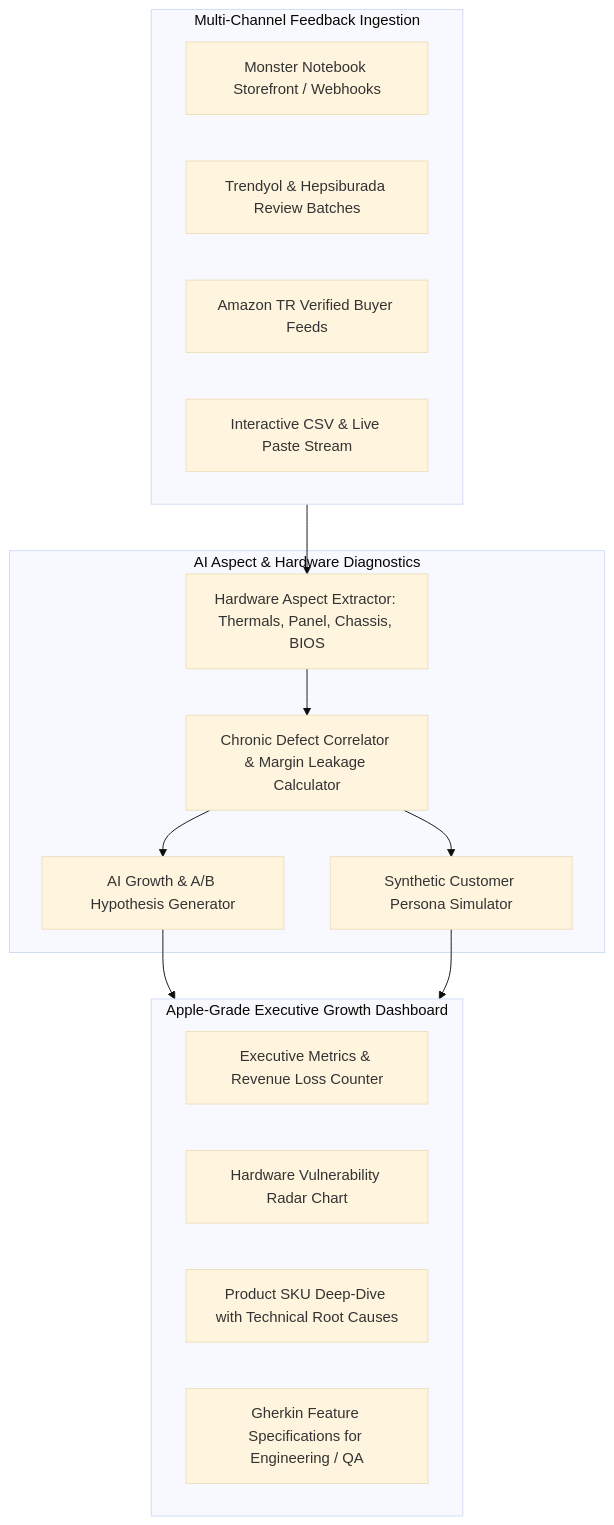
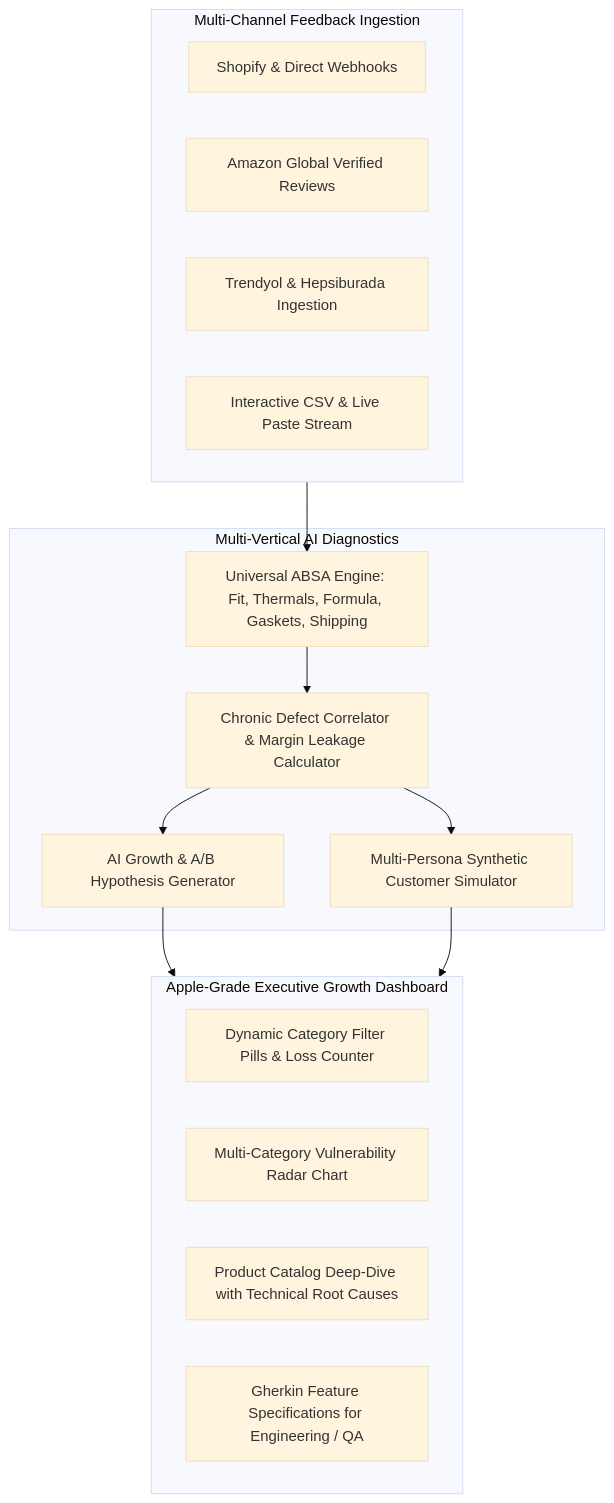
Before and after one commit to Tngc93/Omni-Channel-E-Commerce-Growth-Review-Intelligence-Engine.: the diagram in README.md, drawn with Mermaid (base theme). The commit also changed other lines of this file and 16 other files, not shown here.

Commit message:
feat: brand-agnostic multi-category architecture, Apple minimalist design & dynamic filters

````diff
--- a/README.md
+++ b/README.md
@@ -30,30 +40,30 @@
 ```mermaid
 graph TD
     subgraph Multi_Channel_Ingestion [Multi-Channel Feedback Ingestion]
-        A1[Monster Notebook Storefront / Webhooks]
-        A2[Trendyol & Hepsiburada Review Batches]
-        A3[Amazon TR Verified Buyer Feeds]
+        A1[Shopify & Direct Webhooks]
+        A2[Amazon Global Verified Reviews]
+        A3[Trendyol & Hepsiburada Ingestion]
         A4[Interactive CSV & Live Paste Stream]
     end
 
-    subgraph AI_Intelligence_Pipeline [AI Aspect & Hardware Diagnostics]
-        B[Hardware Aspect Extractor: Thermals, Panel, Chassis, BIOS]
+    subgraph AI_Intelligence_Pipeline [Multi-Vertical AI Diagnostics]
+        B[Universal ABSA Engine: Fit, Thermals, Formula, Gaskets, Shipping]
         C[Chronic Defect Correlator & Margin Leakage Calculator]
         D[AI Growth & A/B Hypothesis Generator]
-        E[Synthetic Customer Persona Simulator]
+        E[Multi-Persona Synthetic Customer Simulator]
     end
 
     subgraph Presentation_Layer [Apple-Grade Executive Growth Dashboard]
-        F1[Executive Metrics & Revenue Loss Counter]
-        F2[Hardware Vulnerability Radar Chart]
-        F3[Product SKU Deep-Dive with Technical Root Causes]
+        F1[Dynamic Category Filter Pills & Loss Counter]
+        F2[Multi-Category Vulnerability Radar Chart]
+        F3[Product Catalog Deep-Dive with Technical Root Causes]
         F4[Gherkin Feature Specifications for Engineering / QA]
     end
 
     Multi_Channel_Ingestion --> B
     B --> C
     C --> D
     C --> E
     D --> Presentation_Layer
     E --> Presentation_Layer
 ```
````
